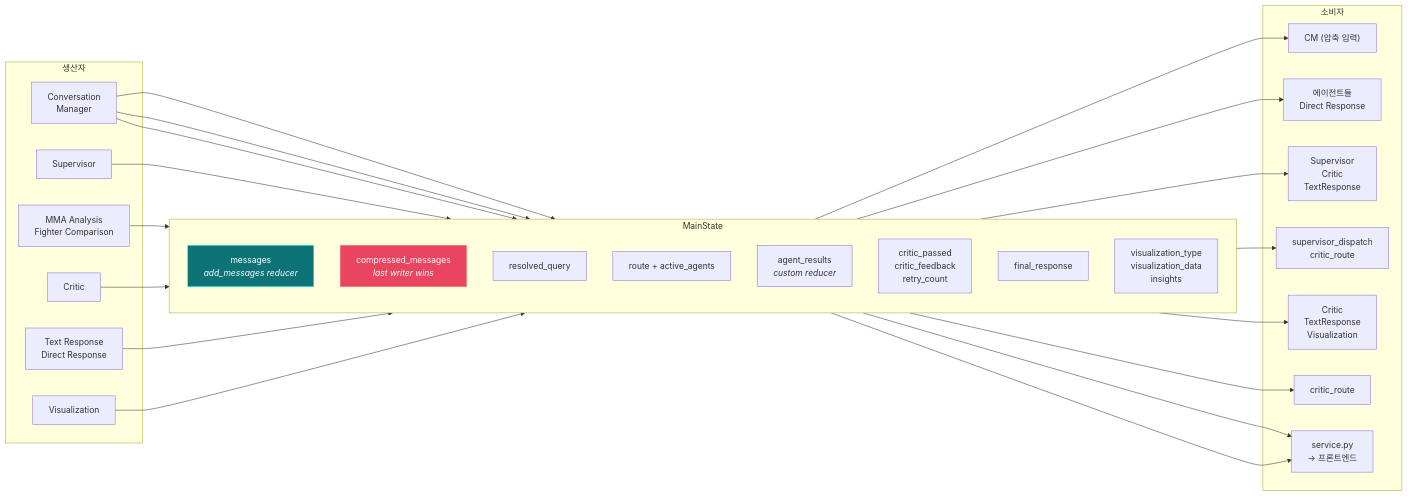
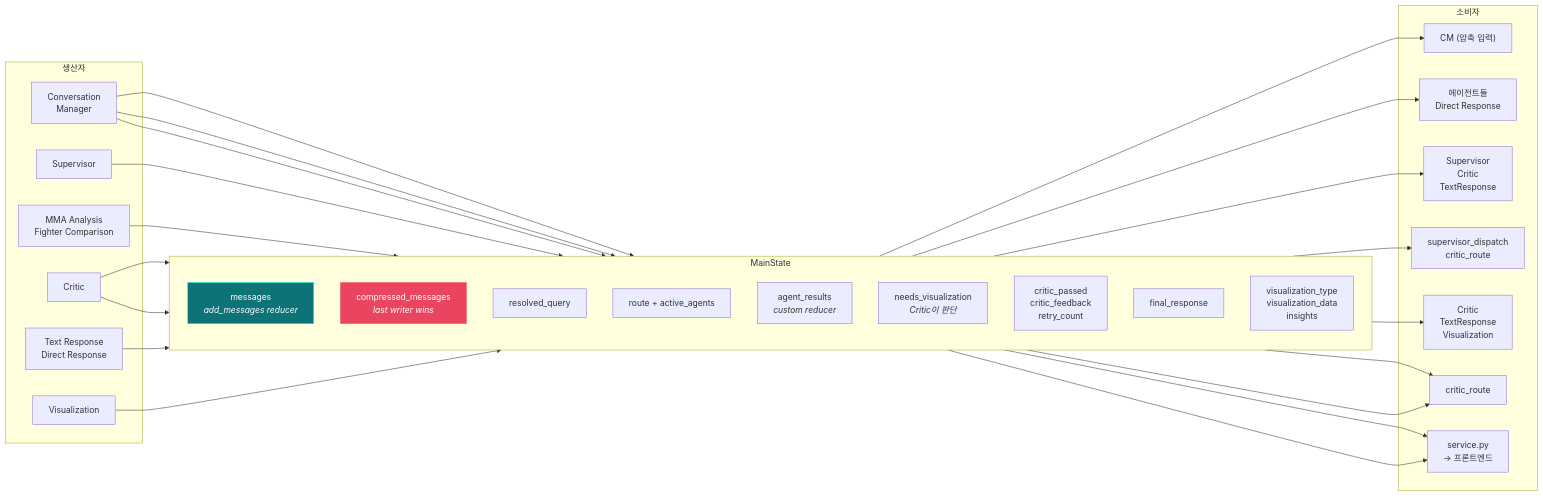
The third of 3 diagrams in docs/DATA_FLOW.md (Hyun-Jun-Lee/mma-savant), drawn with Mermaid before and after one commit. The commit also changed other lines of this file and 2 other files, not shown here.

First line of the commit message:
docs: update architecture docs for rule-based visualization and SQL context

````diff
--- a/docs/DATA_FLOW.md
+++ b/docs/DATA_FLOW.md
@@ -138,54 +139,57 @@
 ```mermaid
 flowchart LR
     subgraph PRODUCERS["생산자"]
         CM_P["Conversation<br/>Manager"]
         SUP_P["Supervisor"]
         AGENTS_P["MMA Analysis<br/>Fighter Comparison"]
         CRITIC_P["Critic"]
         TR_P["Text Response<br/>Direct Response"]
         VIZ_P["Visualization"]
     end
 
     subgraph STATE["MainState"]
         direction TB
         F_MSG["messages<br/><i>add_messages reducer</i>"]
         F_COMP["compressed_messages<br/><i>last writer wins</i>"]
         F_RQ["resolved_query"]
         F_ROUTE["route + active_agents"]
         F_AR["agent_results<br/><i>custom reducer</i>"]
+        F_NV["needs_visualization<br/><i>Critic이 판단</i>"]
         F_CR["critic_passed<br/>critic_feedback<br/>retry_count"]
         F_FR["final_response"]
         F_VIZ["visualization_type<br/>visualization_data<br/>insights"]
     end
 
     subgraph CONSUMERS["소비자"]
         CM_C["CM (압축 입력)"]
         DOWN_C["에이전트들<br/>Direct Response"]
         SUP_C["Supervisor<br/>Critic<br/>TextResponse"]
         DISP_C["supervisor_dispatch<br/>critic_route"]
         CRIT_C["Critic<br/>TextResponse<br/>Visualization"]
         ROUTE_C["critic_route"]
         SVC_C["service.py<br/>→ 프론트엔드"]
     end
 
     CM_P --> F_MSG
     CM_P --> F_COMP
     CM_P --> F_RQ
     SUP_P --> F_ROUTE
     AGENTS_P --> F_AR
+    CRITIC_P --> F_NV
     CRITIC_P --> F_CR
     TR_P --> F_FR
     VIZ_P --> F_VIZ
 
     F_MSG --> CM_C
     F_COMP --> DOWN_C
     F_RQ --> SUP_C
     F_ROUTE --> DISP_C
     F_AR --> CRIT_C
+    F_NV --> ROUTE_C
     F_CR --> ROUTE_C
     F_FR --> SVC_C
     F_VIZ --> SVC_C
 
     style F_COMP fill:#e94560,stroke:#ff6b6b,color:#fff
     style F_MSG fill:#0d7377,stroke:#14ffec,color:#fff
 ```
````
